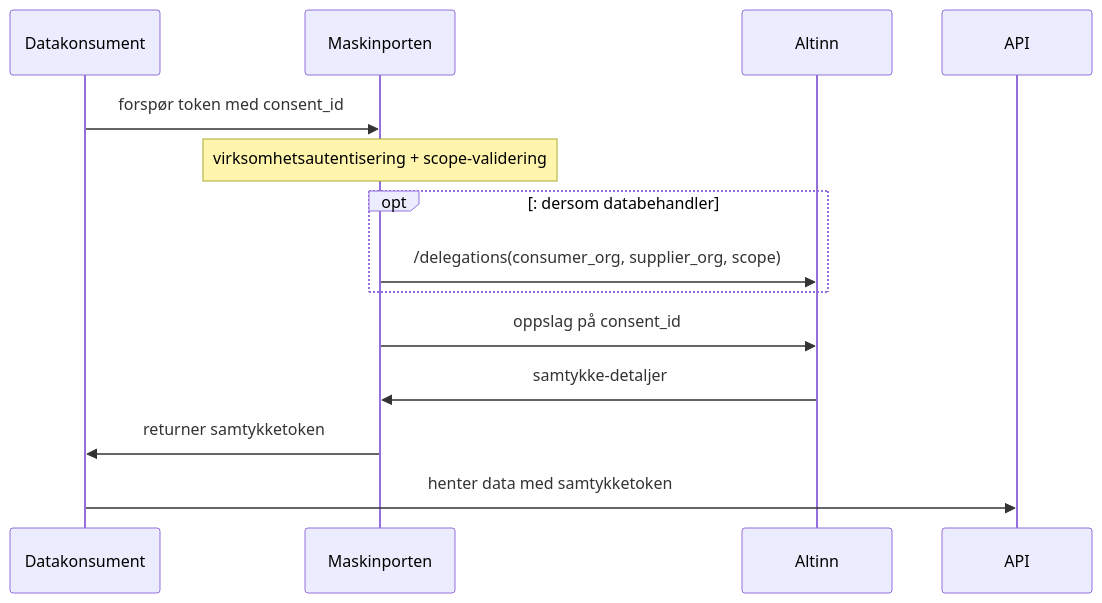
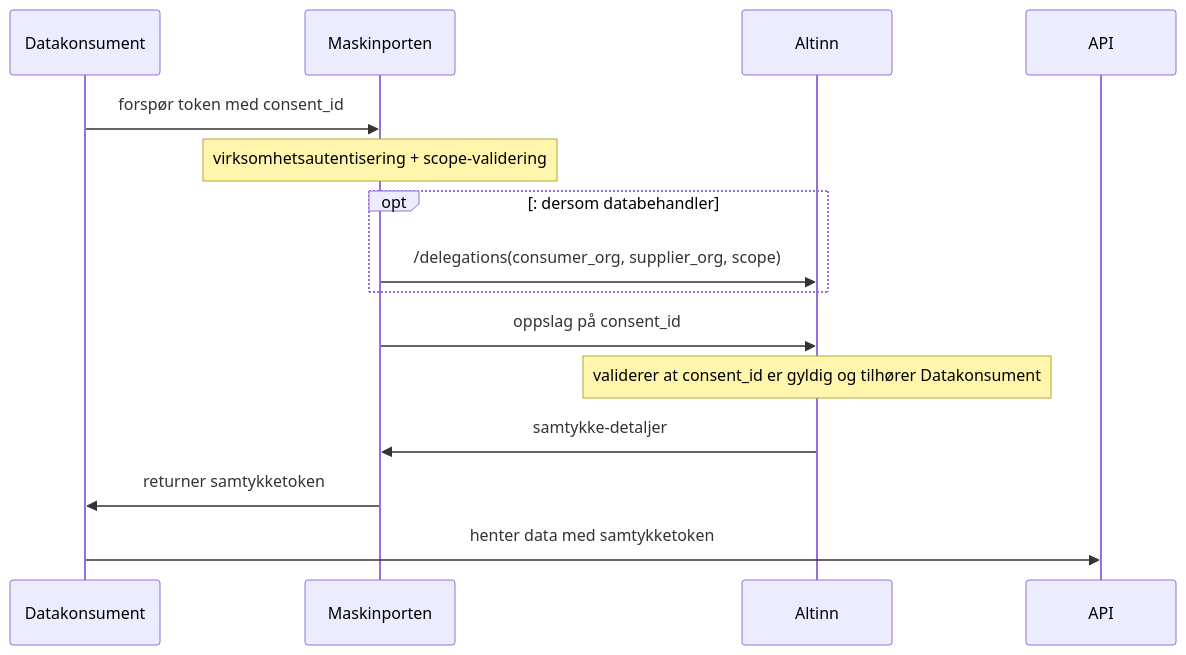
Before and after one commit to joergenb/oauth: the diagram in samtykketoken_i_maskinporten.md, drawn with Mermaid. The commit also changed other lines of this file, not shown here.

````diff
--- a/samtykketoken_i_maskinporten.md
+++ b/samtykketoken_i_maskinporten.md
@@ -24,12 +25,13 @@
 ```mermaid
 sequenceDiagram;
   Datakonsument->>Maskinporten: forspør token med consent_id
   note over Maskinporten: virksomhetsautentisering + scope-validering
   opt: dersom databehandler
     Maskinporten->>Altinn: /delegations(consumer_org, supplier_org, scope)
   end
   Maskinporten->>Altinn: oppslag på consent_id
+  note over Altinn: validerer at consent_id er gyldig og tilhører Datakonsument
   Altinn->>Maskinporten: samtykke-detaljer
   Maskinporten->>Datakonsument: returner samtykketoken
   Datakonsument->>API: henter data med samtykketoken
 ```
````
